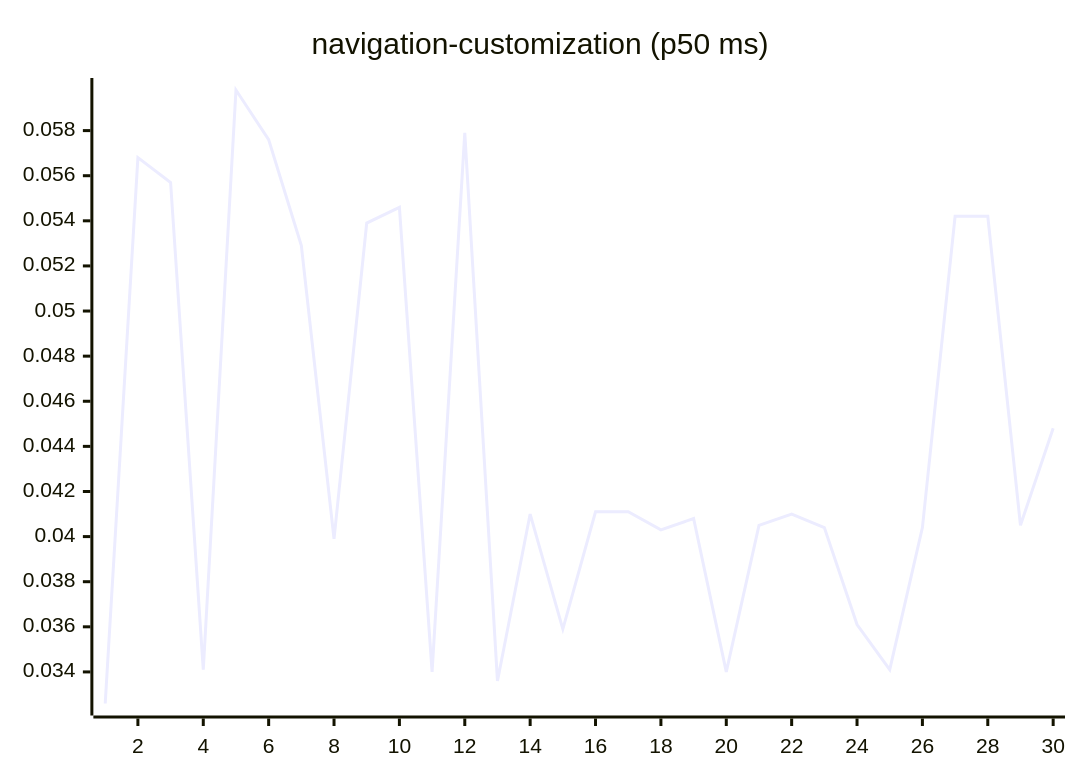
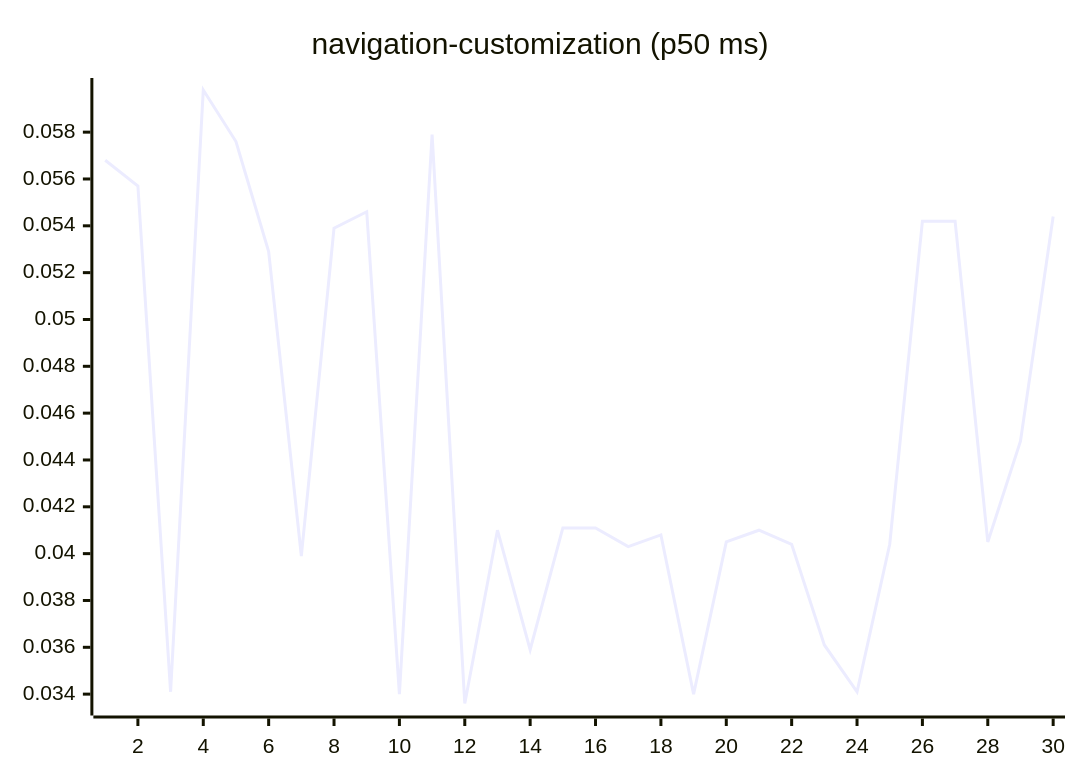
Before and after one commit to josha/Facet: diagram 15 of 27 in README.md, drawn with Mermaid. The commit also changed other lines of this file and 2 other files, not shown here.

````diff
--- a/README.md
+++ b/README.md
@@ -161,6 +161,6 @@
 ```mermaid
 xychart-beta
     title "navigation-customization (p50 ms)"
     x-axis 1 --> 30
-    line [0.0326, 0.0568, 0.0557, 0.0341, 0.0598, 0.0576, 0.0529, 0.0399, 0.0539, 0.0546, 0.0340, 0.0579, 0.0336, 0.0410, 0.0359, 0.0411, 0.0411, 0.0403, 0.0408, 0.0340, 0.0405, 0.0410, 0.0404, 0.0361, 0.0341, 0.0404, 0.0542, 0.0542, 0.0405, 0.0448]
+    line [0.0568, 0.0557, 0.0341, 0.0598, 0.0576, 0.0529, 0.0399, 0.0539, 0.0546, 0.0340, 0.0579, 0.0336, 0.0410, 0.0359, 0.0411, 0.0411, 0.0403, 0.0408, 0.0340, 0.0405, 0.0410, 0.0404, 0.0361, 0.0341, 0.0404, 0.0542, 0.0542, 0.0405, 0.0448, 0.0544]
 ```
````
